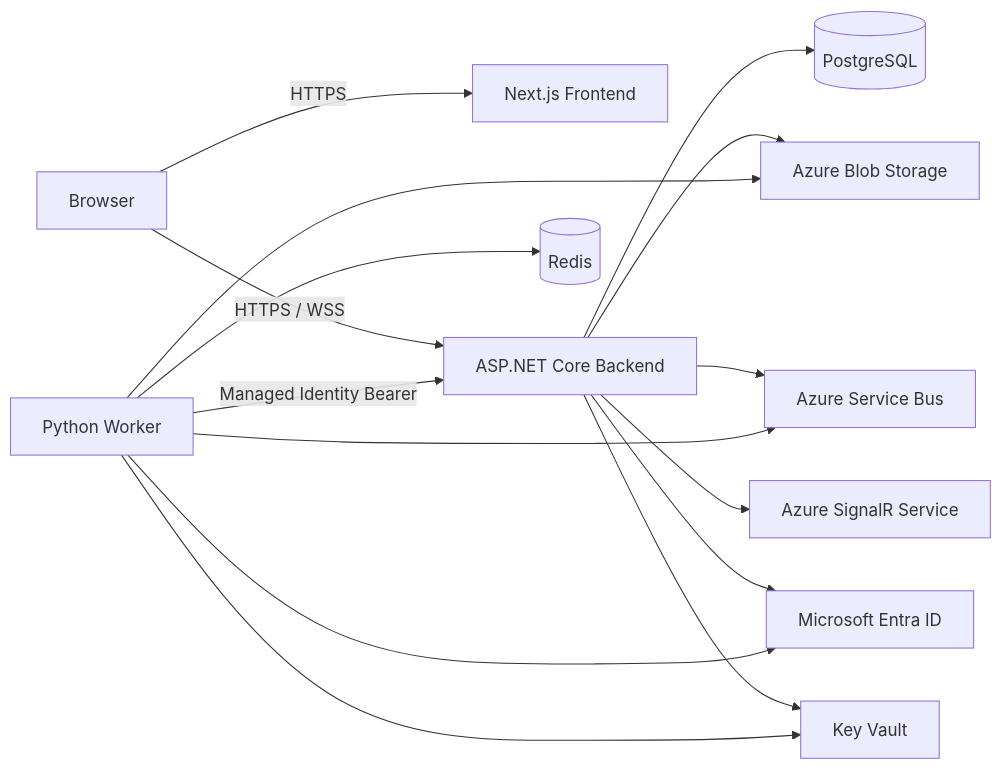
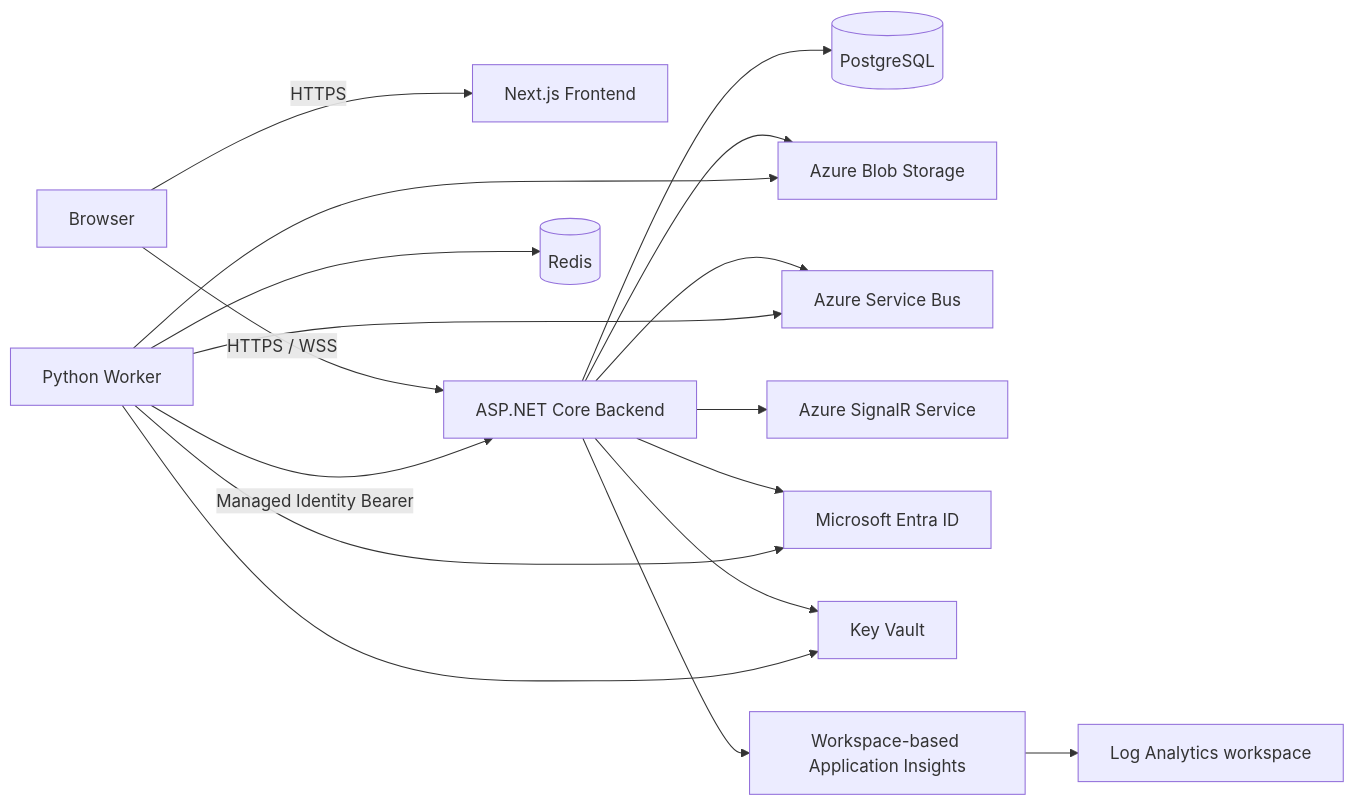
One commit to 4rna-y/AwakeVerify changed the diagram in docs/operations/production-setup.md. Above: the diagram before and after it, drawn with Mermaid. The commit also changed other lines of this file and 11 other files, not shown here.

````diff
--- a/docs/operations/production-setup.md
+++ b/docs/operations/production-setup.md
@@ -38,17 +39,19 @@
 ```mermaid
 flowchart LR
     Browser[Browser] -->|HTTPS| Frontend[Next.js Frontend]
     Browser -->|HTTPS / WSS| Backend[ASP.NET Core Backend]
     Backend --> PostgreSQL[(PostgreSQL)]
     Backend --> Blob[Azure Blob Storage]
     Backend --> ServiceBus[Azure Service Bus]
     Backend --> SignalR[Azure SignalR Service]
     Worker[Python Worker] --> ServiceBus
     Worker --> Blob
     Worker --> Redis[(Redis)]
     Worker -->|Managed Identity Bearer| Backend
     Backend --> Entra[Microsoft Entra ID]
     Worker --> Entra
     Backend --> KeyVault[Key Vault]
     Worker --> KeyVault
+    Backend --> AppInsights[Workspace-based Application Insights]
+    AppInsights --> LogAnalytics[Log Analytics workspace]
 ```
````
